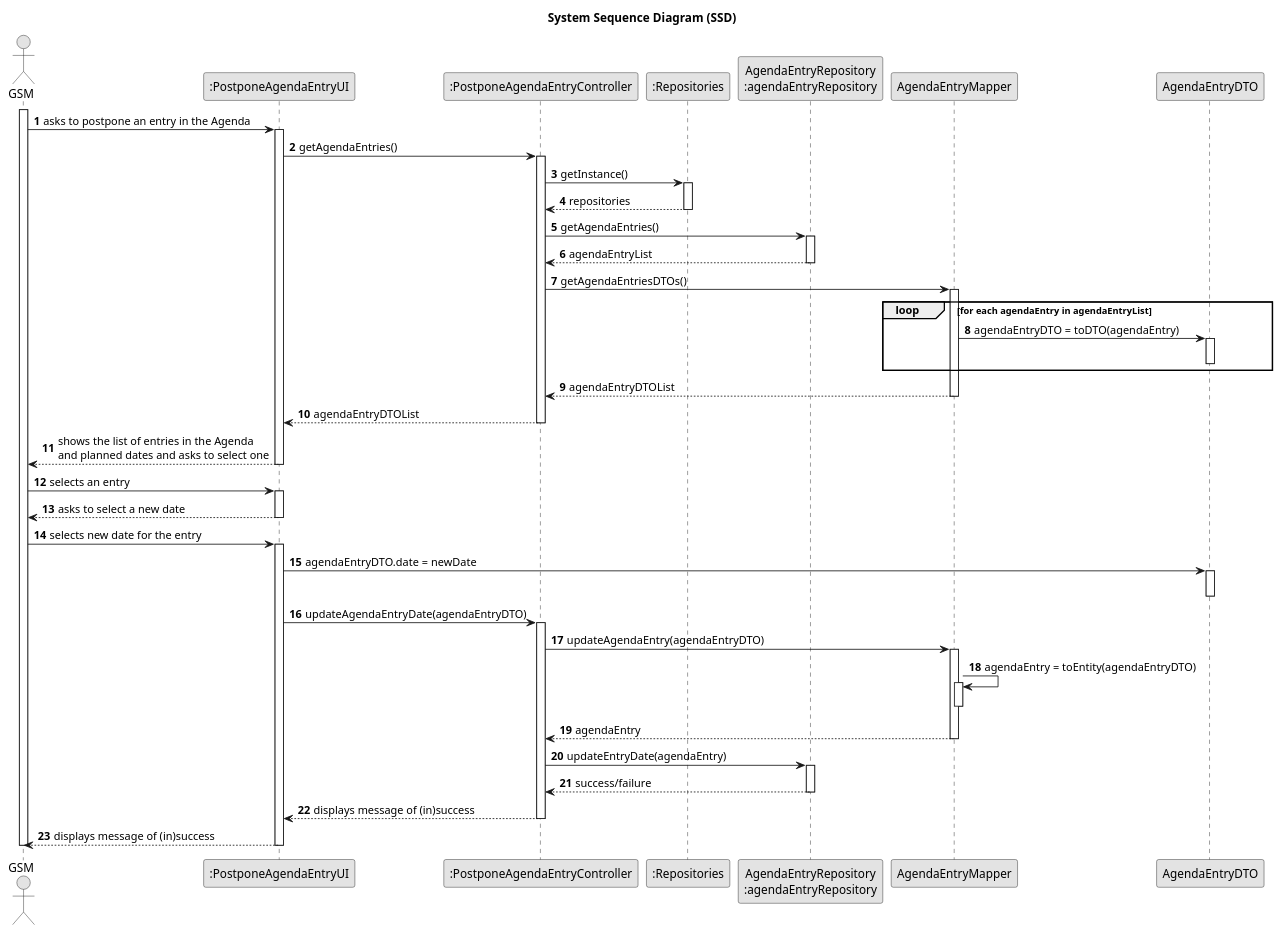
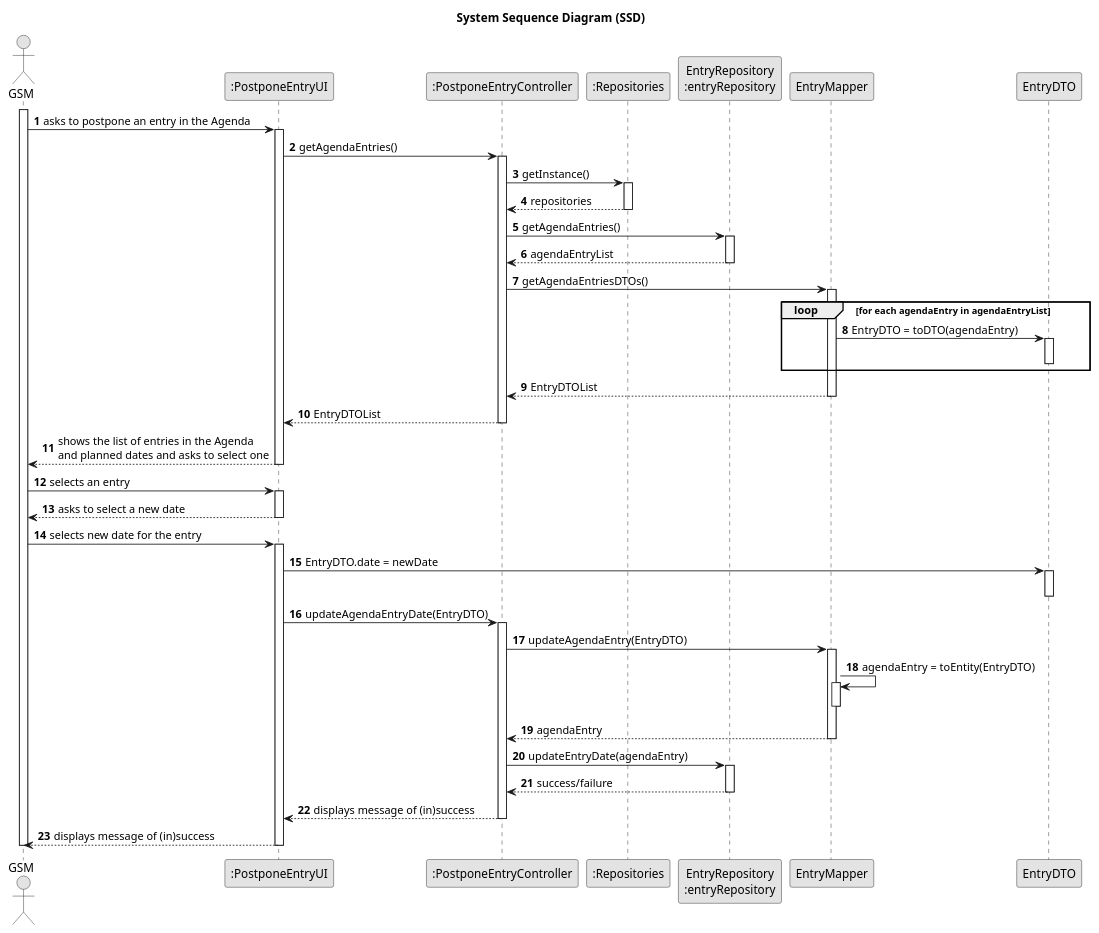
The diagram in docs/sprintC/us024/03.design/puml/us024-sequence-diagram.puml (RicardoMorim/lapr2-ISEP-Project), drawn with PlantUML before and after one commit. The commit also changed 1 other file, not shown here.

Commit message:
updated us024 on the design sequence diagram

```diff
--- a/docs/sprintC/us024/03.design/puml/us024-sequence-diagram.puml
+++ b/docs/sprintC/us024/03.design/puml/us024-sequence-diagram.puml
@@ -1,95 +1,95 @@
 @startuml
 skinparam monochrome true
 skinparam packageStyle rectangle
 skinparam shadowing false
 
 title System Sequence Diagram (SSD)
 
 autonumber
 
 actor "GSM" as Employee
-participant ":PostponeAgendaEntryUI" as UI
-participant ":PostponeAgendaEntryController" as CTRL
+participant ":PostponeEntryUI" as UI
+participant ":PostponeEntryController" as CTRL
 participant ":Repositories" as RepositorySingleton
-participant "AgendaEntryRepository\n:agendaEntryRepository" as AgendaRepo
-participant "AgendaEntryMapper"
-participant "AgendaEntryDTO"
+participant "EntryRepository\n:entryRepository" as AgendaRepo
+participant "EntryMapper"
+participant "EntryDTO"
 activate Employee
 
     Employee -> UI : asks to postpone an entry in the Agenda
     activate UI
 
         UI -> CTRL : getAgendaEntries()
         activate CTRL
 
             CTRL -> RepositorySingleton : getInstance()
             activate RepositorySingleton
 
                 RepositorySingleton --> CTRL: repositories
             deactivate RepositorySingleton
 
             CTRL -> AgendaRepo : getAgendaEntries()
             activate AgendaRepo
 
                 AgendaRepo --> CTRL : agendaEntryList
             deactivate AgendaRepo
 
-            CTRL -> "AgendaEntryMapper" : getAgendaEntriesDTOs()
-            activate "AgendaEntryMapper"
+            CTRL -> "EntryMapper" : getAgendaEntriesDTOs()
+            activate "EntryMapper"
 
             loop for each agendaEntry in agendaEntryList
-                "AgendaEntryMapper" -> "AgendaEntryDTO" : agendaEntryDTO = toDTO(agendaEntry)
-                activate "AgendaEntryDTO"
+                "EntryMapper" -> "EntryDTO" : EntryDTO = toDTO(agendaEntry)
+                activate "EntryDTO"
 
-                deactivate "AgendaEntryDTO"
+                deactivate "EntryDTO"
             end
 
-            "AgendaEntryMapper" --> CTRL : agendaEntryDTOList
-            deactivate "AgendaEntryMapper"
+            "EntryMapper" --> CTRL : EntryDTOList
+            deactivate "EntryMapper"
 
-            CTRL --> UI : agendaEntryDTOList
+            CTRL --> UI : EntryDTOList
         deactivate CTRL
 
         UI --> Employee : shows the list of entries in the Agenda\nand planned dates and asks to select one
     deactivate UI
 
     Employee -> UI : selects an entry
     activate UI
 
         UI --> Employee : asks to select a new date
     deactivate UI
 
     Employee -> UI : selects new date for the entry
     activate UI
 
-        UI -> "AgendaEntryDTO" : agendaEntryDTO.date = newDate
-        activate "AgendaEntryDTO"
-        deactivate "AgendaEntryDTO"
+        UI -> "EntryDTO" : EntryDTO.date = newDate
+        activate "EntryDTO"
+        deactivate "EntryDTO"
 
-        UI -> CTRL : updateAgendaEntryDate(agendaEntryDTO)
+        UI -> CTRL : updateAgendaEntryDate(EntryDTO)
         activate CTRL
 
-            CTRL -> "AgendaEntryMapper" : updateAgendaEntry(agendaEntryDTO)
-            activate "AgendaEntryMapper"
+            CTRL -> "EntryMapper" : updateAgendaEntry(EntryDTO)
+            activate "EntryMapper"
 
-                "AgendaEntryMapper" -> "AgendaEntryMapper" : agendaEntry = toEntity(agendaEntryDTO)
-                activate "AgendaEntryMapper"
+                "EntryMapper" -> "EntryMapper" : agendaEntry = toEntity(EntryDTO)
+                activate "EntryMapper"
                 deactivate
-            "AgendaEntryMapper" --> CTRL : agendaEntry
-            deactivate "AgendaEntryMapper"
+            "EntryMapper" --> CTRL : agendaEntry
+            deactivate "EntryMapper"
 
             CTRL -> AgendaRepo : updateEntryDate(agendaEntry)
             activate AgendaRepo
 
                 AgendaRepo --> CTRL : success/failure
             deactivate AgendaRepo
 
             CTRL --> UI : displays message of (in)success
         deactivate CTRL
 
         UI --> Employee : displays message of (in)success
     deactivate UI
 
 deactivate Employee
 
 @enduml
```
